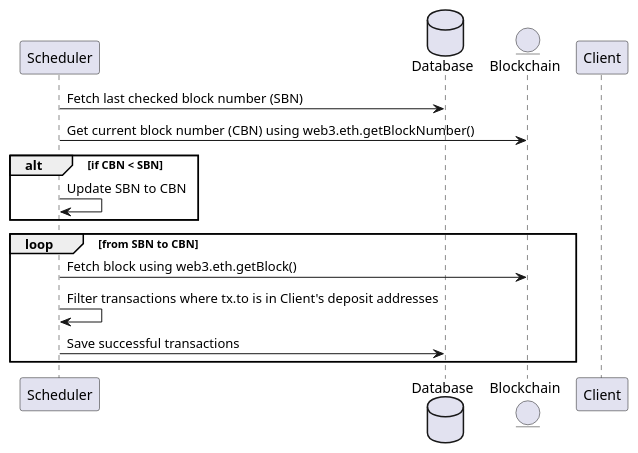
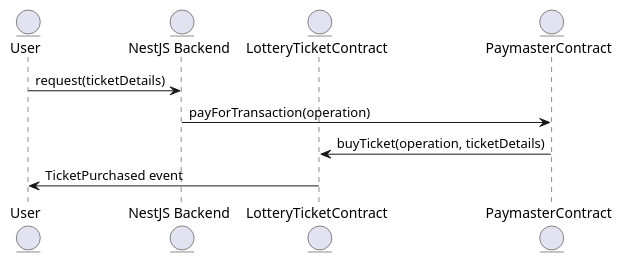
Before and after one commit to aw-birdgang/blockchain-payments: the diagram in api/puml/flow.puml, drawn with PlantUML. The commit also changed 1 other file, not shown here.

```diff
--- a/api/puml/flow.puml
+++ b/api/puml/flow.puml
@@ -1,17 +1,11 @@
 @startuml
-participant "Scheduler" as S
-database "Database" as D
-entity "Blockchain" as B
-participant "Client" as C
+entity "User" as user
+entity "NestJS Backend" as backend
+entity "LotteryTicketContract" as lottery
+entity "PaymasterContract" as paymaster
 
-S -> D : Fetch last checked block number (SBN)
-S -> B : Get current block number (CBN) using web3.eth.getBlockNumber()
-alt if CBN < SBN
-    S -> S : Update SBN to CBN
-end
-loop from SBN to CBN
-    S -> B : Fetch block using web3.eth.getBlock()
-    S -> S : Filter transactions where tx.to is in Client's deposit addresses
-    S -> D : Save successful transactions
-end
+user -> backend : request(ticketDetails)
+backend -> paymaster : payForTransaction(operation)
+paymaster -> lottery : buyTicket(operation, ticketDetails)
+lottery -> user : TicketPurchased event
 @enduml
```
